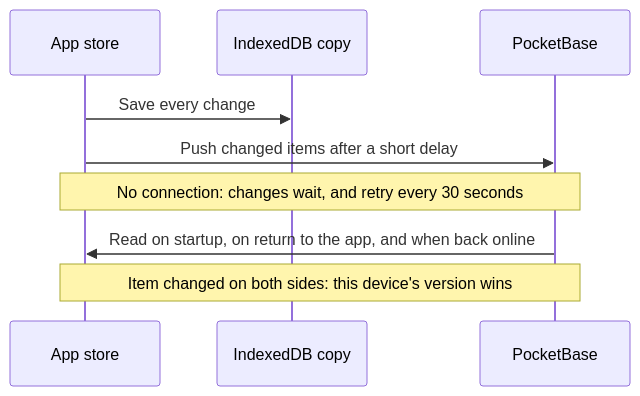
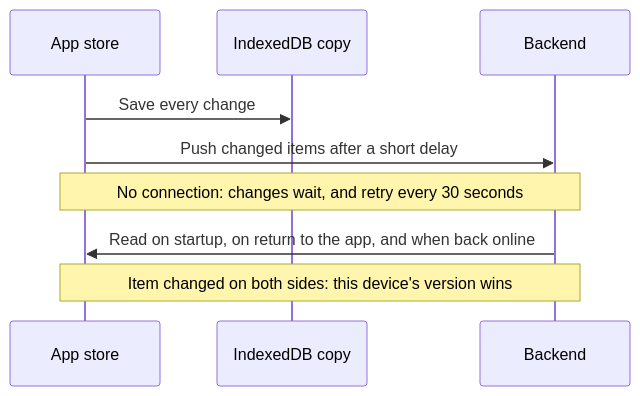
Before and after one commit to biruklarebo/veylith: the second of 6 diagrams in docs/backend.md, drawn with Mermaid. The commit also changed other lines of this file and 33 other files, not shown here.

````diff
--- a/docs/backend.md
+++ b/docs/backend.md
@@ -87,12 +65,12 @@
 ```mermaid
 sequenceDiagram
     participant App as App store
     participant Copy as IndexedDB copy
-    participant API as PocketBase
+    participant API as Backend
 
     App->>Copy: Save every change
     App->>API: Push changed items after a short delay
     Note over App,API: No connection: changes wait, and retry every 30 seconds
     API->>App: Read on startup, on return to the app, and when back online
     Note over App,API: Item changed on both sides: this device's version wins
 ```
````
